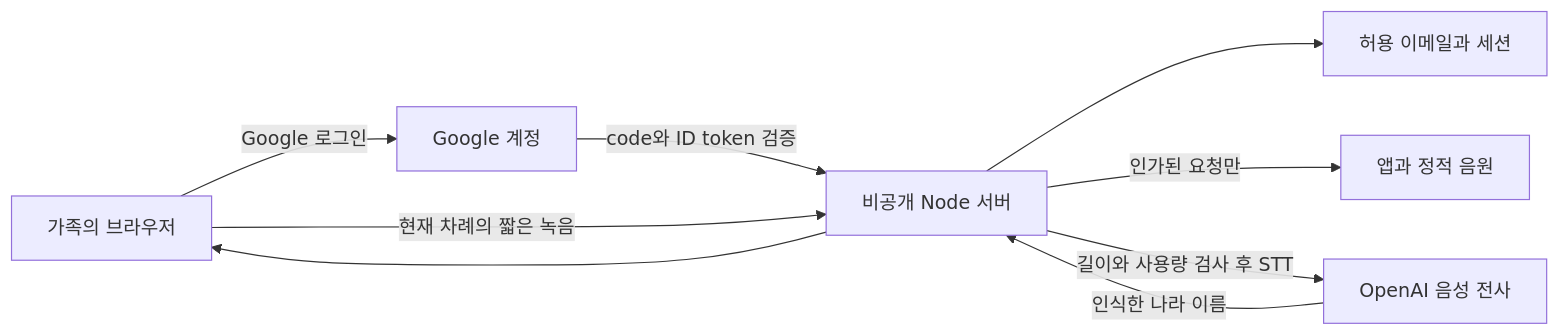
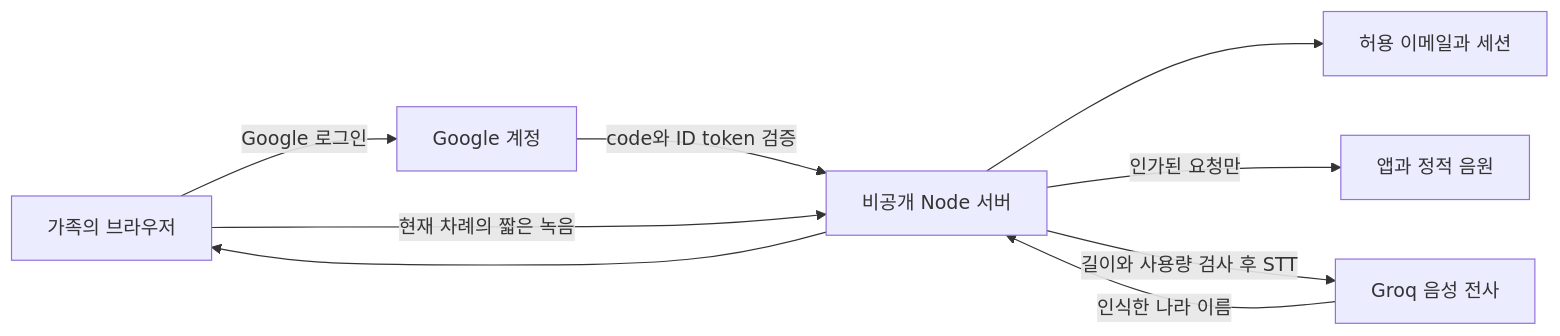
One commit to techjuicelab/FlagQuiz changed the diagram in docs/private-country-chain.md. Above: the diagram before and after it, drawn with Mermaid. The commit also changed other lines of this file and 6 other files, not shown here.

````diff
--- a/docs/private-country-chain.md
+++ b/docs/private-country-chain.md
@@ -17,11 +17,11 @@
 ```mermaid
 flowchart LR
   P[가족의 브라우저] -->|Google 로그인| G[Google 계정]
   G -->|code와 ID token 검증| S[비공개 Node 서버]
   S --> A[허용 이메일과 세션]
   S -->|인가된 요청만| W[앱과 정적 음원]
   P -->|현재 차례의 짧은 녹음| S
-  S -->|길이와 사용량 검사 후 STT| O[OpenAI 음성 전사]
+  S -->|길이와 사용량 검사 후 STT| O[Groq 음성 전사]
   O -->|인식한 나라 이름| S
   S --> P
 ```
````
